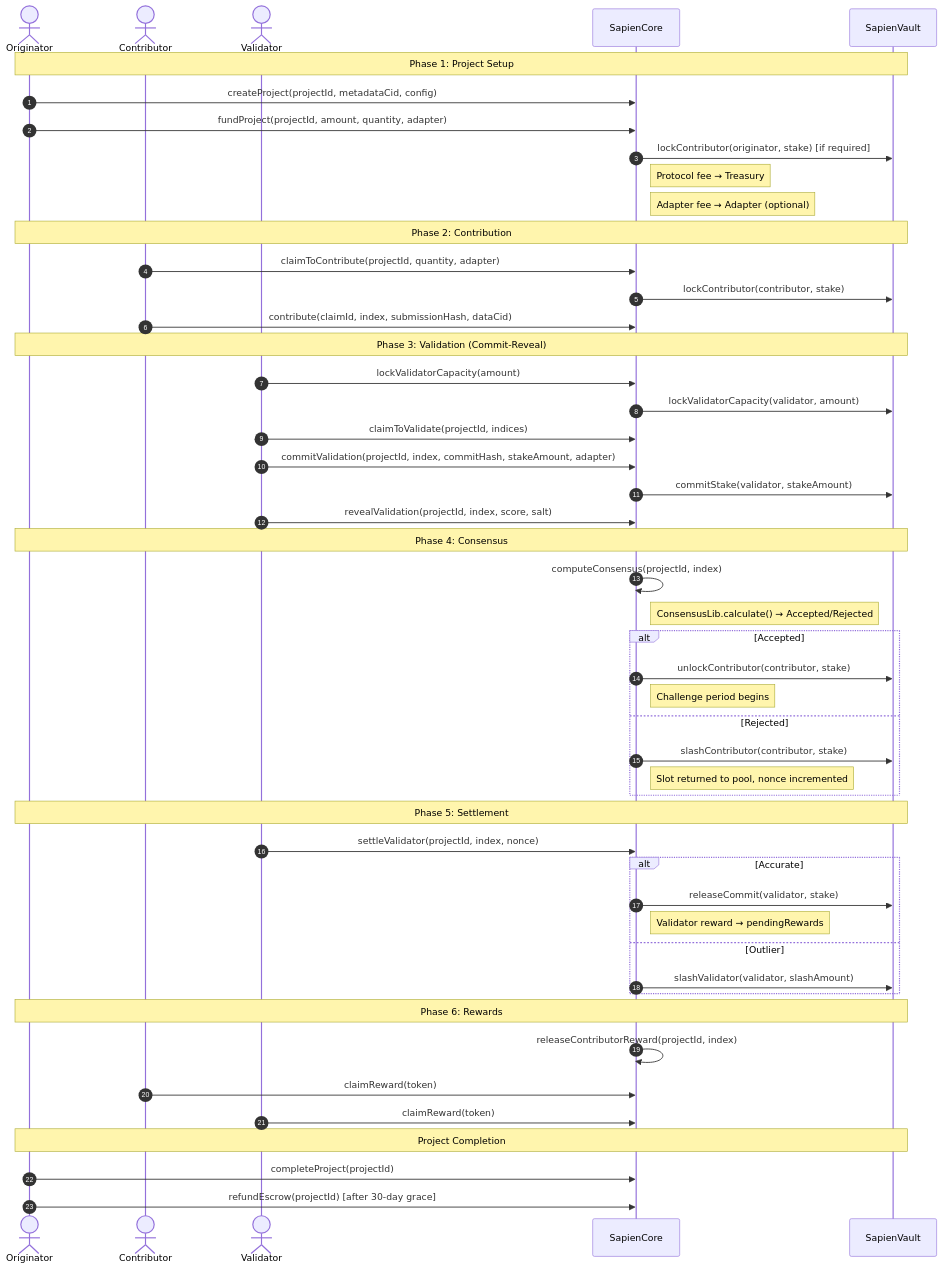
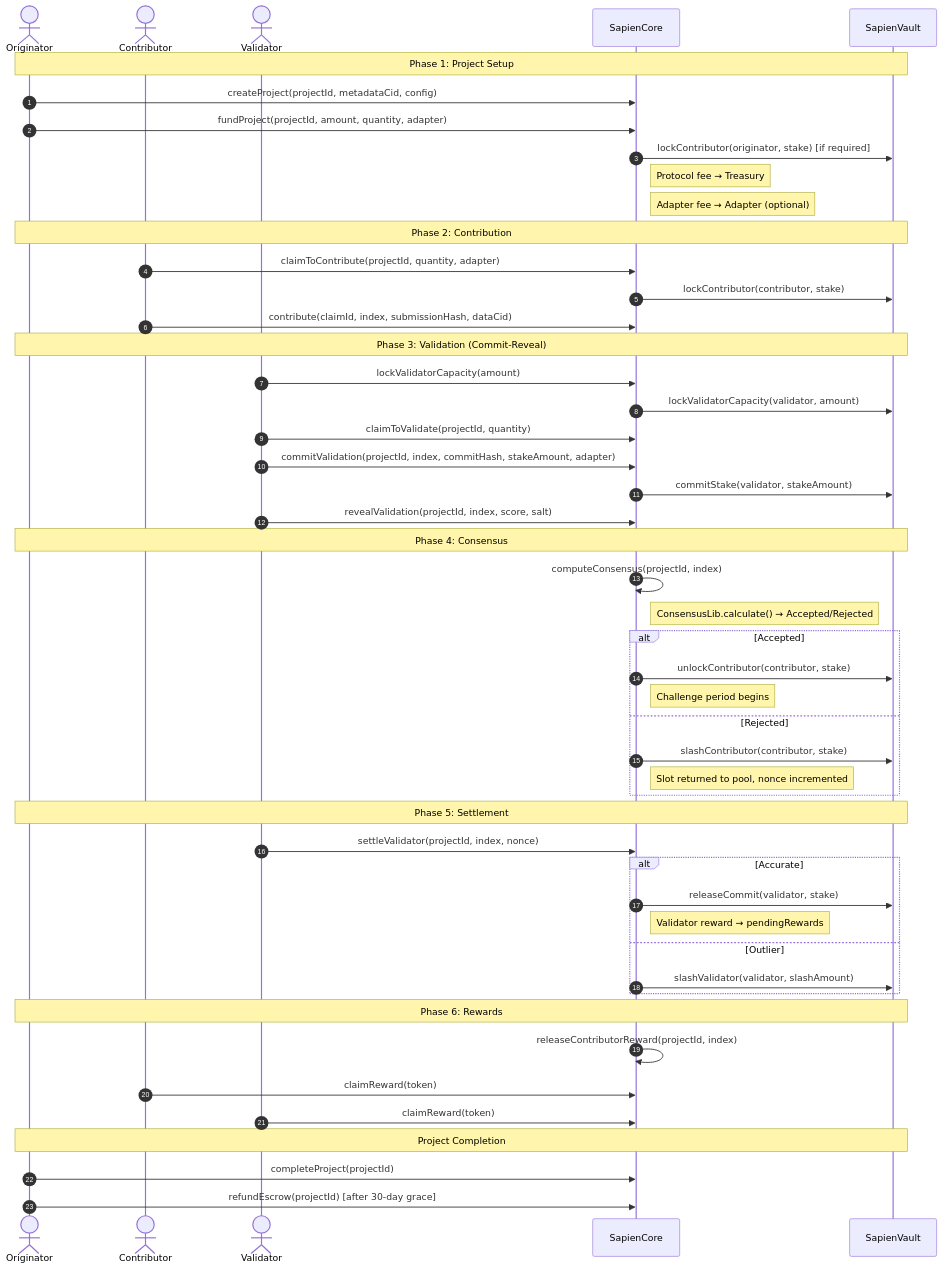
The diagram in docs/COMPLETE_DOCUMENTATION.md (Sapien-io/sapien-contracts), drawn with Mermaid before and after one commit. The commit also changed other lines of this file and 68 other files, not shown here.

````diff
--- a/docs/COMPLETE_DOCUMENTATION.md
+++ b/docs/COMPLETE_DOCUMENTATION.md
@@ -120,59 +120,59 @@
 ```mermaid
 sequenceDiagram
     autonumber
     actor O as Originator
     actor C as Contributor
     actor V as Validator
     participant SC as SapienCore
     participant SV as SapienVault
 
     Note over O, SV: Phase 1: Project Setup
     O->>SC: createProject(projectId, metadataCid, config)
     O->>SC: fundProject(projectId, amount, quantity, adapter)
     SC->>SV: lockContributor(originator, stake) [if required]
     Note right of SC: Protocol fee → Treasury
     Note right of SC: Adapter fee → Adapter (optional)
 
     Note over O, SV: Phase 2: Contribution
     C->>SC: claimToContribute(projectId, quantity, adapter)
     SC->>SV: lockContributor(contributor, stake)
     C->>SC: contribute(claimId, index, submissionHash, dataCid)
 
     Note over O, SV: Phase 3: Validation (Commit-Reveal)
     V->>SC: lockValidatorCapacity(amount)
     SC->>SV: lockValidatorCapacity(validator, amount)
-    V->>SC: claimToValidate(projectId, indices)
+    V->>SC: claimToValidate(projectId, quantity)
     V->>SC: commitValidation(projectId, index, commitHash, stakeAmount, adapter)
     SC->>SV: commitStake(validator, stakeAmount)
     V->>SC: revealValidation(projectId, index, score, salt)
 
     Note over O, SV: Phase 4: Consensus
     SC->>SC: computeConsensus(projectId, index)
     Note right of SC: ConsensusLib.calculate() → Accepted/Rejected
 
     alt Accepted
         SC->>SV: unlockContributor(contributor, stake)
         Note right of SC: Challenge period begins
     else Rejected
         SC->>SV: slashContributor(contributor, stake)
         Note right of SC: Slot returned to pool, nonce incremented
     end
 
     Note over O, SV: Phase 5: Settlement
     V->>SC: settleValidator(projectId, index, nonce)
     alt Accurate
         SC->>SV: releaseCommit(validator, stake)
         Note right of SC: Validator reward → pendingRewards
     else Outlier
         SC->>SV: slashValidator(validator, slashAmount)
     end
 
     Note over O, SV: Phase 6: Rewards
     SC->>SC: releaseContributorReward(projectId, index)
     C->>SC: claimReward(token)
     V->>SC: claimReward(token)
 
     Note over O, SV: Project Completion
     O->>SC: completeProject(projectId)
     O->>SC: refundEscrow(projectId) [after 30-day grace]
 ```
````
